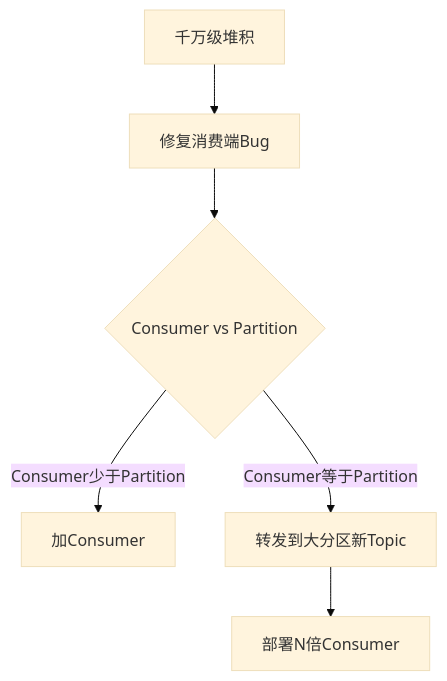
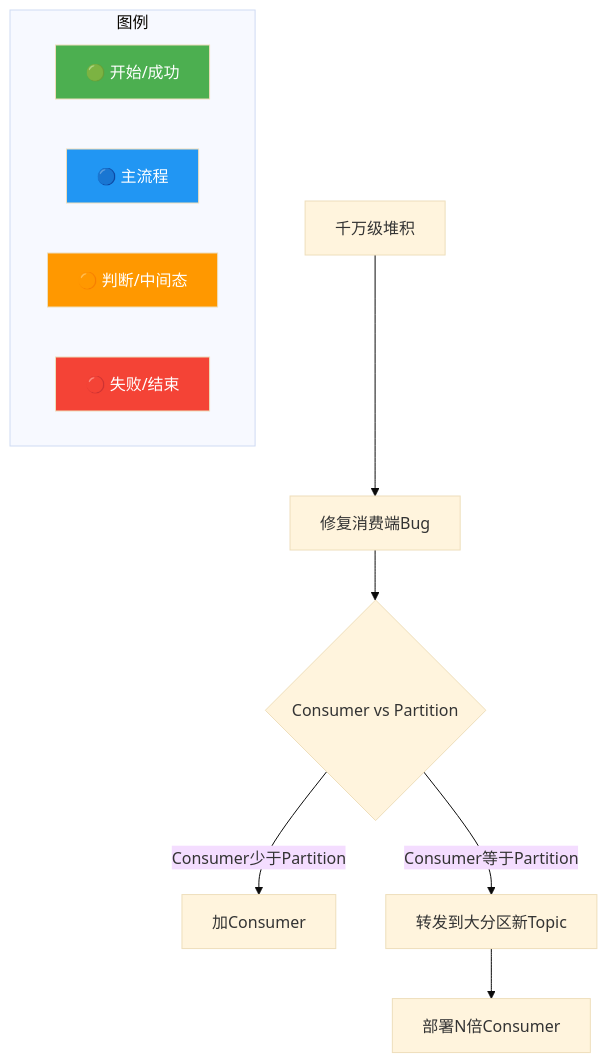
One commit to SunArthur86/interview-2026 changed the diagram in questions/middleware/mq-008.md. Above: the diagram before and after it, drawn with Mermaid (base theme). The commit also changed other lines of this file and 3180 other files, not shown here.

First line of the commit message:
Mermaid颜色增强99% + 面试频率分类(高频1571/中频1115/低频461)

````diff
--- a/questions/middleware/mq-008.md
+++ b/questions/middleware/mq-008.md
@@ -158,8 +159,29 @@
 ```mermaid
 flowchart TD
+    classDef start fill:#4CAF50,color:#fff
+    classDef process fill:#2196F3,color:#fff
+    classDef decision fill:#FF9800,color:#fff
+    classDef special fill:#9C27B0,color:#fff
+    classDef error fill:#f44336,color:#fff
+    classDef info fill:#607D8B,color:#fff
+    class Add start
+    class Backlog process
+    class Consumer decision
+    class Diagnose special
+    class Limit error
+    class NewConsumer info
+    class Partition start
+    class Transfer process
+    class vs decision
     Backlog[千万级堆积] --> Diagnose[修复消费端Bug]
     Diagnose --> Limit{Consumer vs Partition}
     Limit -->|Consumer少于Partition| Add[加Consumer]
     Limit -->|Consumer等于Partition| Transfer[转发到大分区新Topic]
     Transfer --> NewConsumer[部署N倍Consumer]
+    subgraph Legend["图例"]
+        L1["🟢 开始/成功"]:::start
+        L2["🔵 主流程"]:::process
+        L3["🟠 判断/中间态"]:::decision
+        L4["🔴 失败/结束"]:::error
+    end
 ```
````
